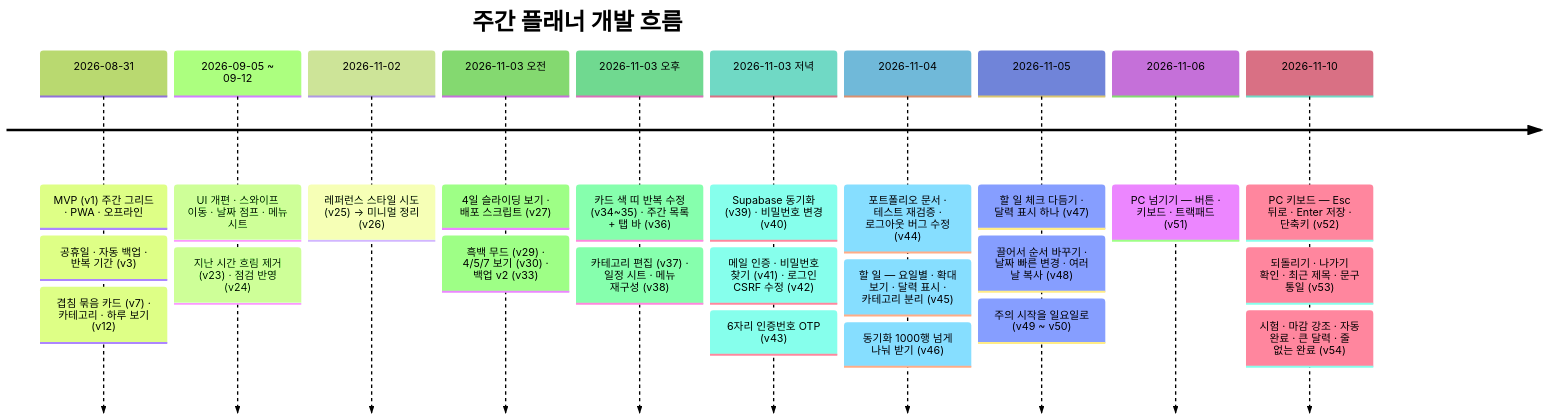
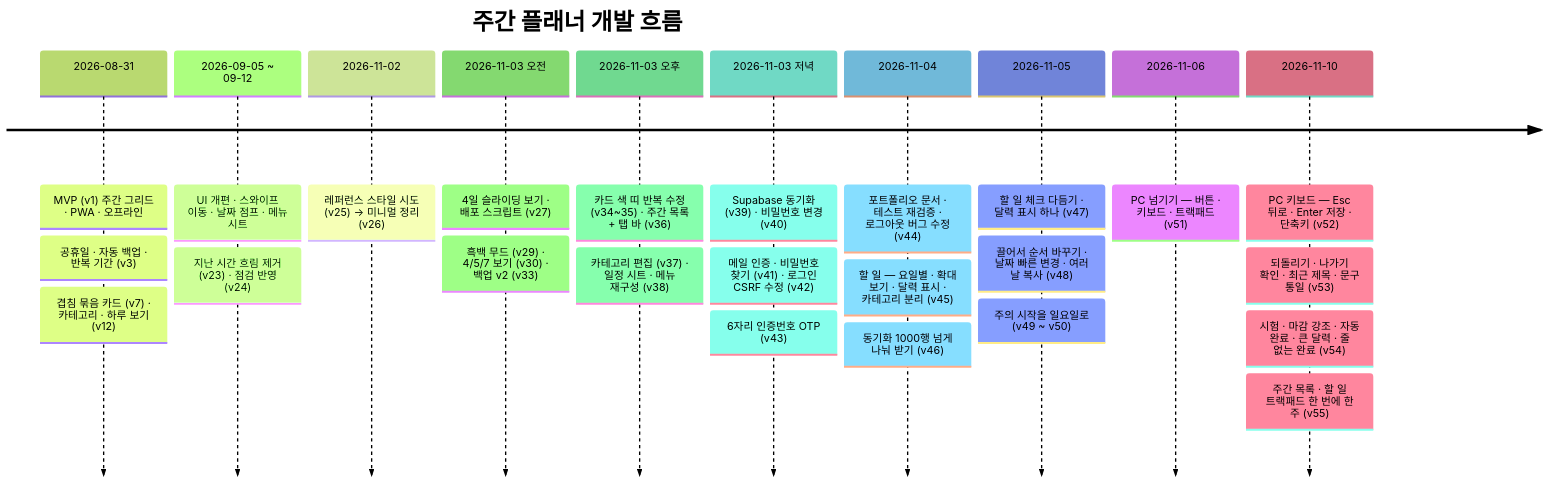
The second of 2 diagrams in docs/README.md (jmg0929/weekly-planner), drawn with Mermaid (forest theme) before and after one commit. The commit also changed other lines of this file and 7 other files, not shown here.

````diff
--- a/docs/README.md
+++ b/docs/README.md
@@ -123,27 +123,28 @@
 ```mermaid
 timeline
   title 주간 플래너 개발 흐름
   2026-08-31 : MVP (v1) 주간 그리드 · PWA · 오프라인
              : 공휴일 · 자동 백업 · 반복 기간 (v3)
              : 겹침 묶음 카드 (v7) · 카테고리 · 하루 보기 (v12)
   2026-09-05 ~ 09-12 : UI 개편 · 스와이프 이동 · 날짜 점프 · 메뉴 시트
                      : 지난 시간 흐림 제거 (v23) · 점검 반영 (v24)
   2026-11-02 : 레퍼런스 스타일 시도 (v25) → 미니멀 정리 (v26)
   2026-11-03 오전 : 4일 슬라이딩 보기 · 배포 스크립트 (v27)
                  : 흑백 무드 (v29) · 4/5/7 보기 (v30) · 백업 v2 (v33)
   2026-11-03 오후 : 카드 색 띠 반복 수정 (v34~35) · 주간 목록 + 탭 바 (v36)
                  : 카테고리 편집 (v37) · 일정 시트 · 메뉴 재구성 (v38)
   2026-11-03 저녁 : Supabase 동기화 (v39) · 비밀번호 변경 (v40)
                  : 메일 인증 · 비밀번호 찾기 (v41) · 로그인 CSRF 수정 (v42)
                  : 6자리 인증번호 OTP (v43)
   2026-11-04 : 포트폴리오 문서 · 테스트 재검증 · 로그아웃 버그 수정 (v44)
              : 할 일 — 요일별 · 확대 보기 · 달력 표시 · 카테고리 분리 (v45)
              : 동기화 1000행 넘게 나눠 받기 (v46)
   2026-11-05 : 할 일 체크 다듬기 · 달력 표시 하나 (v47)
              : 끌어서 순서 바꾸기 · 날짜 빠른 변경 · 여러 날 복사 (v48)
              : 주의 시작을 일요일로 (v49 ~ v50)
   2026-11-06 : PC 넘기기 — 버튼 · 키보드 · 트랙패드 (v51)
   2026-11-10 : PC 키보드 — Esc 뒤로 · Enter 저장 · 단축키 (v52)
              : 되돌리기 · 나가기 확인 · 최근 제목 · 문구 통일 (v53)
              : 시험 · 마감 강조 · 자동 완료 · 큰 달력 · 줄 없는 완료 (v54)
+             : 주간 목록 · 할 일 트랙패드 한 번에 한 주 (v55)
 ```
````
